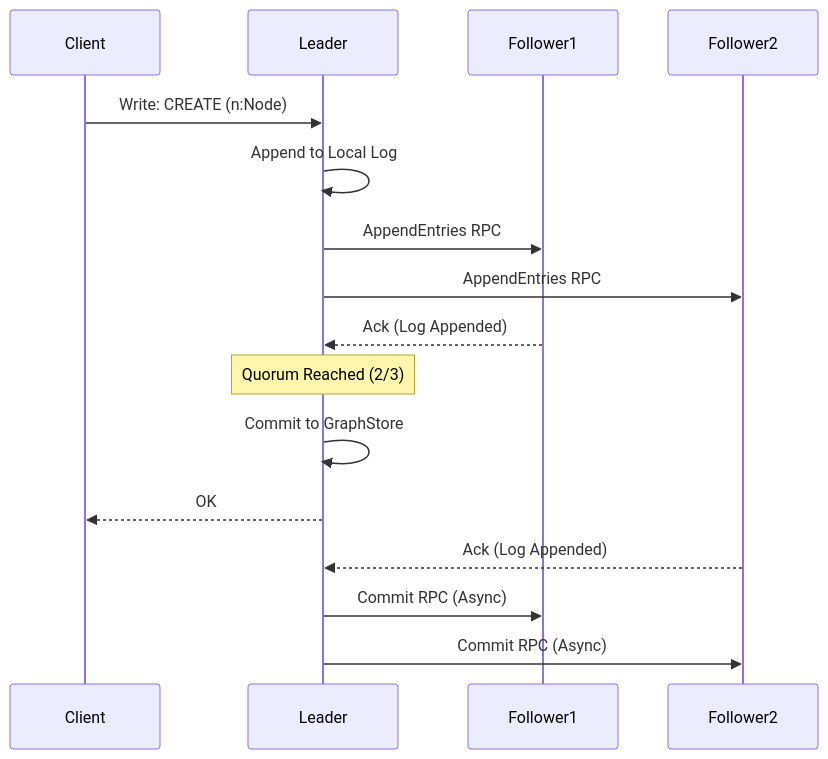
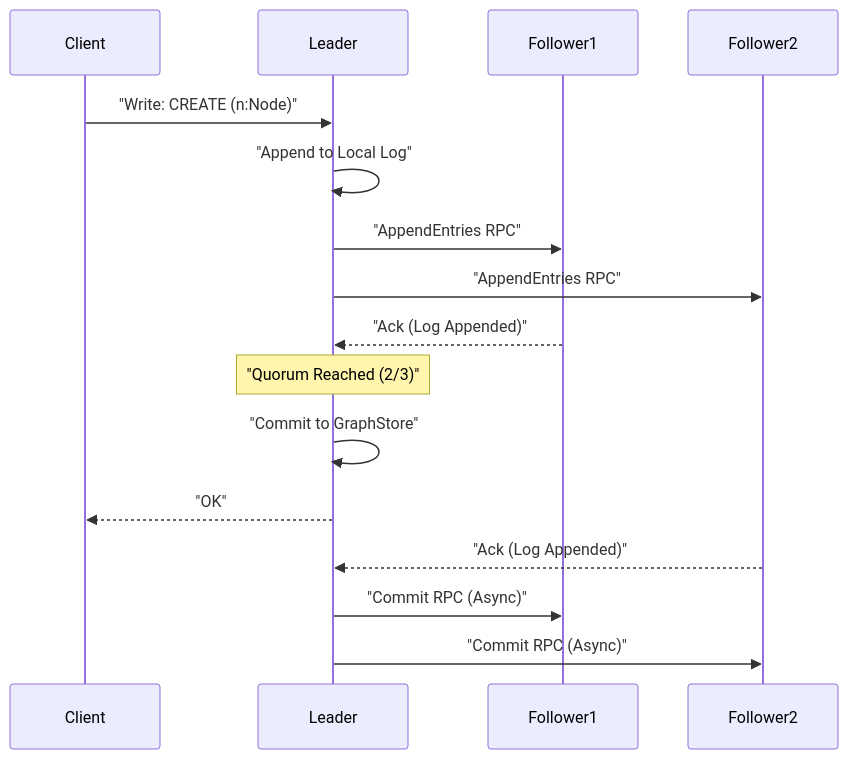
One commit to samyama-ai/samyama-graph-book changed the diagram in src/distributed_consensus.md. Above: the diagram before and after it, drawn with Mermaid. The commit also changed 4 other files, not shown here.

Commit message:
Fix Mermaid syntax errors: Quote labels with special characters (brackets, colons, etc.) across all diagrams

````diff
--- a/src/distributed_consensus.md
+++ b/src/distributed_consensus.md
@@ -13,23 +13,23 @@
 ```mermaid
 sequenceDiagram
     participant Client
     participant Leader
     participant Follower1
     participant Follower2
 
-    Client->>Leader: Write: CREATE (n:Node)
-    Leader->>Leader: Append to Local Log
-    Leader->>Follower1: AppendEntries RPC
-    Leader->>Follower2: AppendEntries RPC
+    Client->>Leader: "Write: CREATE (n:Node)"
+    Leader->>Leader: "Append to Local Log"
+    Leader->>Follower1: "AppendEntries RPC"
+    Leader->>Follower2: "AppendEntries RPC"
     
-    Follower1-->>Leader: Ack (Log Appended)
+    Follower1-->>Leader: "Ack (Log Appended)"
     
-    Note over Leader: Quorum Reached (2/3)
+    Note over Leader: "Quorum Reached (2/3)"
     
-    Leader->>Leader: Commit to GraphStore
-    Leader-->>Client: OK
+    Leader->>Leader: "Commit to GraphStore"
+    Leader-->>Client: "OK"
     
-    Follower2-->>Leader: Ack (Log Appended)
-    Leader->>Follower1: Commit RPC (Async)
-    Leader->>Follower2: Commit RPC (Async)
+    Follower2-->>Leader: "Ack (Log Appended)"
+    Leader->>Follower1: "Commit RPC (Async)"
+    Leader->>Follower2: "Commit RPC (Async)"
 ```
````
